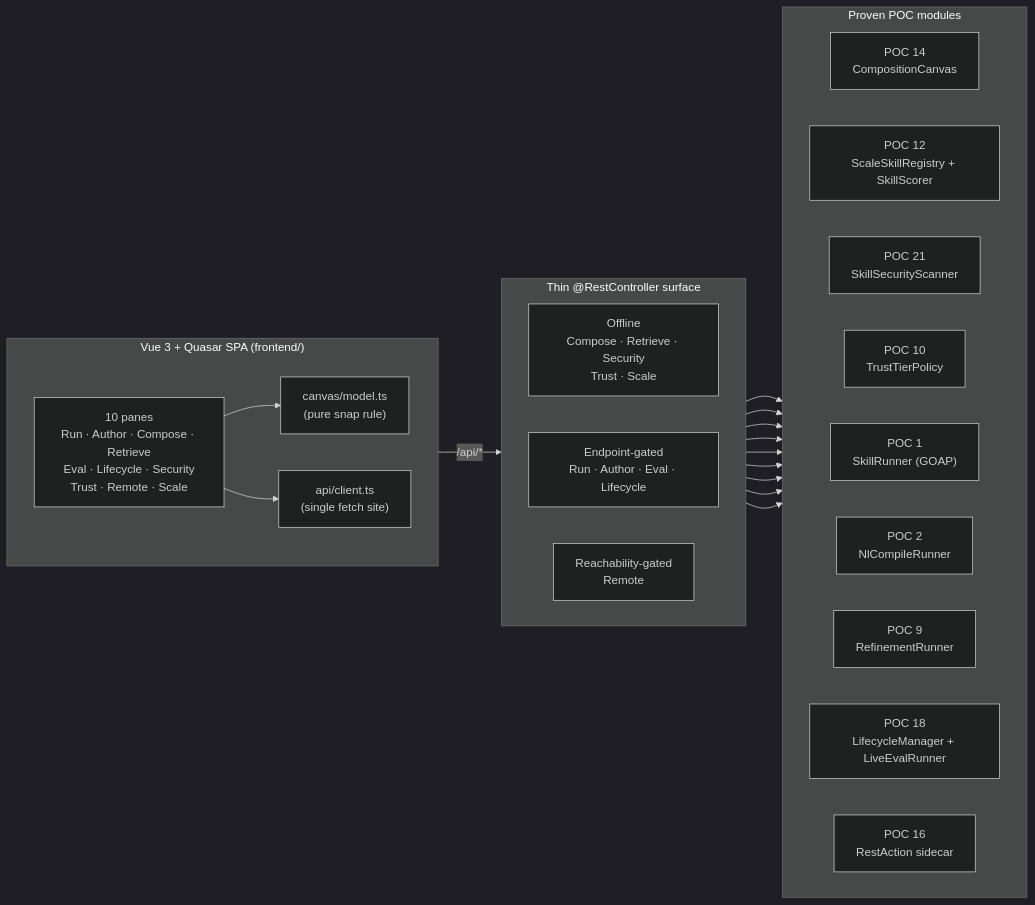
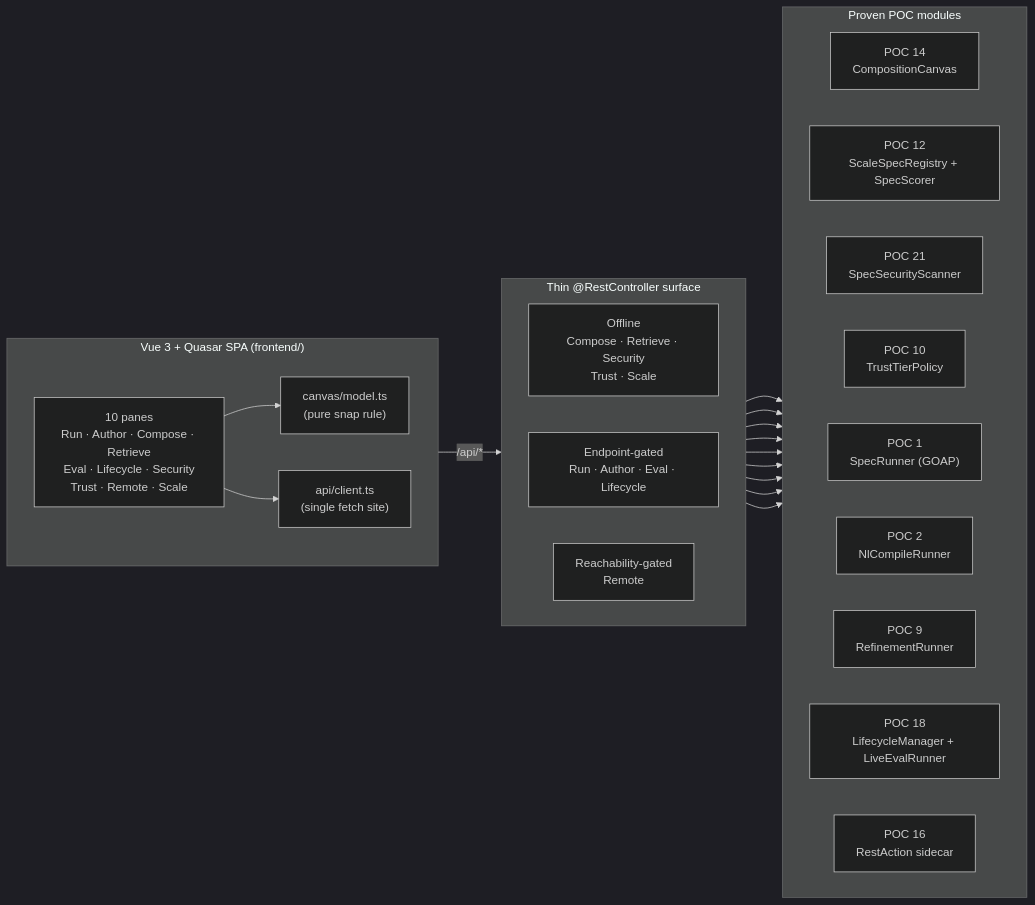
Before and after one commit to iromu/embabel-smith: the diagram in poc/poc-22-unified-ui/README.md, drawn with Mermaid (dark theme). The commit also changed other lines of this file and 650 other files, not shown here.

First line of the commit message:
Rename the skill-pack vocabulary to agent spec to match what the unit actually is

````diff
--- a/poc/poc-22-unified-ui/README.md
+++ b/poc/poc-22-unified-ui/README.md
@@ -33,42 +33,42 @@
 ```mermaid
 flowchart LR
     subgraph SPA["Vue 3 + Quasar SPA (frontend/)"]
         direction LR
         PANES["10 panes<br/>Run · Author · Compose · Retrieve<br/>Eval · Lifecycle · Security<br/>Trust · Remote · Scale"]
         MODEL["canvas/model.ts<br/>(pure snap rule)"]
         API["api/client.ts<br/>(single fetch site)"]
         PANES --> MODEL
         PANES --> API
     end
 
     subgraph REST["Thin @RestController surface"]
         direction LR
         OFF["Offline<br/>Compose · Retrieve · Security<br/>Trust · Scale"]
         GATED["Endpoint-gated<br/>Run · Author · Eval · Lifecycle"]
         REM["Reachability-gated<br/>Remote"]
     end
 
     subgraph POC["Proven POC modules"]
         direction LR
         P14["POC 14<br/>CompositionCanvas"]
-        P12["POC 12<br/>ScaleSkillRegistry + SkillScorer"]
-        P21["POC 21<br/>SkillSecurityScanner"]
+        P12["POC 12<br/>ScaleSpecRegistry + SpecScorer"]
+        P21["POC 21<br/>SpecSecurityScanner"]
         P10["POC 10<br/>TrustTierPolicy"]
-        P1["POC 1<br/>SkillRunner (GOAP)"]
+        P1["POC 1<br/>SpecRunner (GOAP)"]
         P2["POC 2<br/>NlCompileRunner"]
         P9["POC 9<br/>RefinementRunner"]
         P18["POC 18<br/>LifecycleManager + LiveEvalRunner"]
         P16["POC 16<br/>RestAction sidecar"]
     end
 
     API -->|/api/*| REST
     OFF --> P14
     OFF --> P12
     OFF --> P21
     OFF --> P10
     GATED --> P1
     GATED --> P2
     GATED --> P9
     GATED --> P18
     REM --> P16
 ```
````
